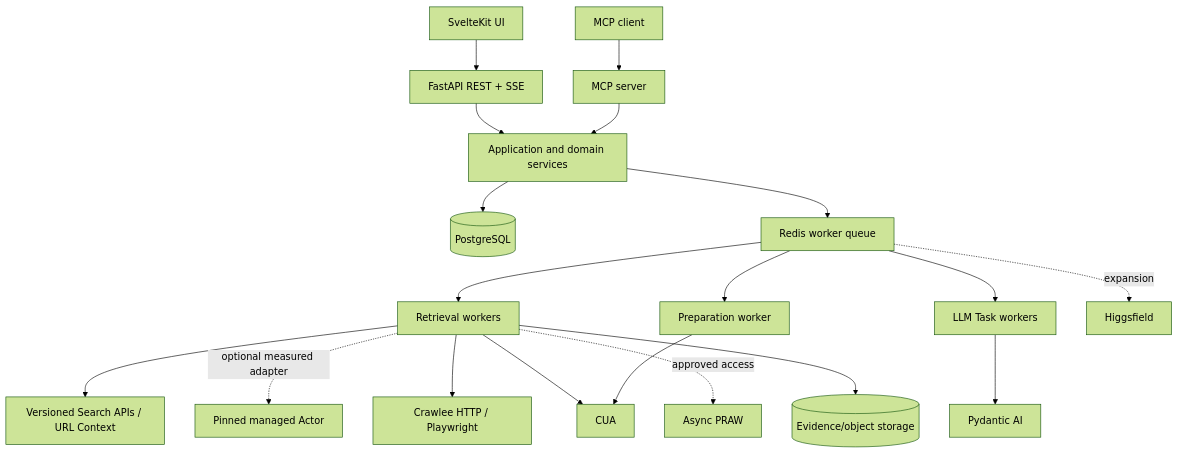
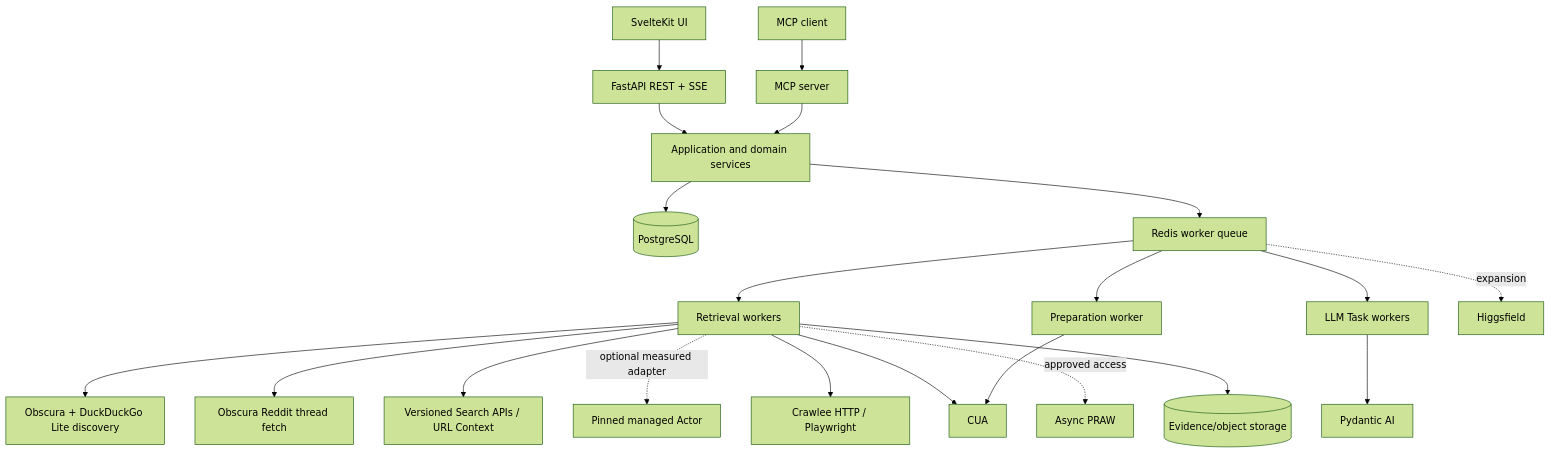
The diagram in social_intelligence_markdown/docs/architecture/system-design.md (harihkim/aptori_outreach), drawn with Mermaid (forest theme) before and after one commit. The commit also changed other lines of this file and 17 other files, not shown here.

````diff
--- a/social_intelligence_markdown/docs/architecture/system-design.md
+++ b/social_intelligence_markdown/docs/architecture/system-design.md
@@ -8,21 +8,23 @@
 ```mermaid
 flowchart TB
     UI[SvelteKit UI] --> REST[FastAPI REST + SSE]
     AG[MCP client] --> MCP[MCP server]
     REST --> CORE[Application and domain services]
     MCP --> CORE
     CORE --> PG[(PostgreSQL)]
     CORE --> Q[Redis worker queue]
     Q --> RW[Retrieval workers]
     Q --> LW[LLM Task workers]
     Q --> PW[Preparation worker]
+    RW --> ODDG[Obscura + DuckDuckGo Lite discovery]
+    RW --> ORT[Obscura Reddit thread fetch]
     RW --> SEARCH[Versioned Search APIs / URL Context]
     RW -. optional measured adapter .-> MANAGED[Pinned managed Actor]
     RW --> CRAWLEE[Crawlee HTTP / Playwright]
     RW --> CUA[CUA]
     RW -. approved access .-> APRAW[Async PRAW]
     LW --> PAI[Pydantic AI]
     PW --> CUA
     Q -. expansion .-> HIG[Higgsfield]
     RW --> OBJ[(Evidence/object storage)]
 ```
````
